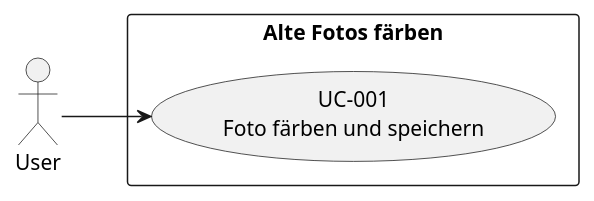
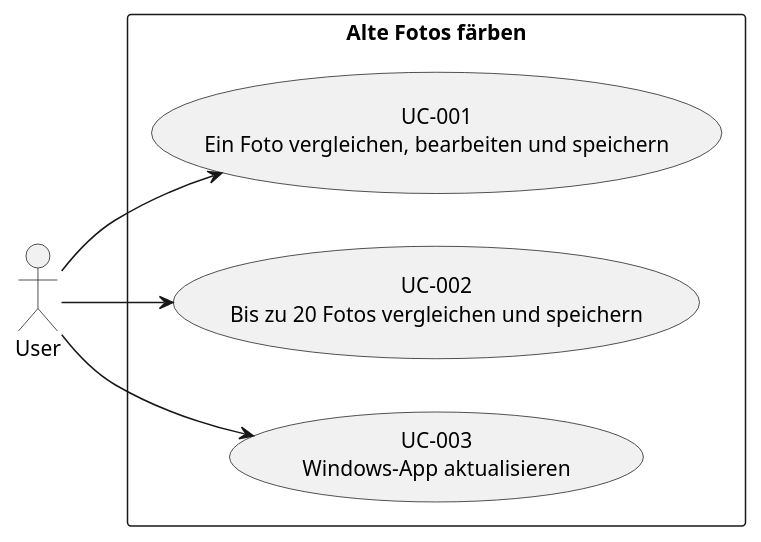
Before and after one commit to vozer/alte-fotos-faerben: the diagram in docs/use_cases.puml, drawn with PlantUML. The commit also changed 43 other files, not shown here.

```diff
--- a/docs/use_cases.puml
+++ b/docs/use_cases.puml
@@ -1,8 +1,12 @@
 @startuml
 left to right direction
 actor User
 rectangle "Alte Fotos färben" {
-  usecase "UC-001\nFoto färben und speichern" as UC001
+  usecase "UC-001\nEin Foto vergleichen, bearbeiten und speichern" as UC001
+  usecase "UC-002\nBis zu 20 Fotos vergleichen und speichern" as UC002
+  usecase "UC-003\nWindows-App aktualisieren" as UC003
 }
 User --> UC001
+User --> UC002
+User --> UC003
 @enduml
```
